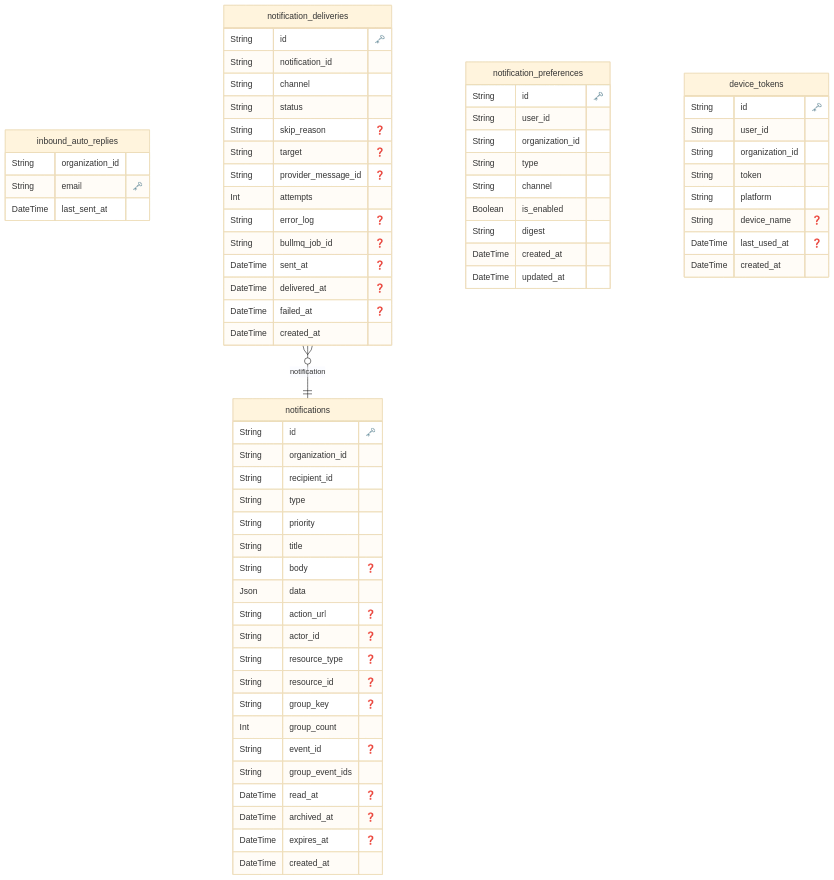
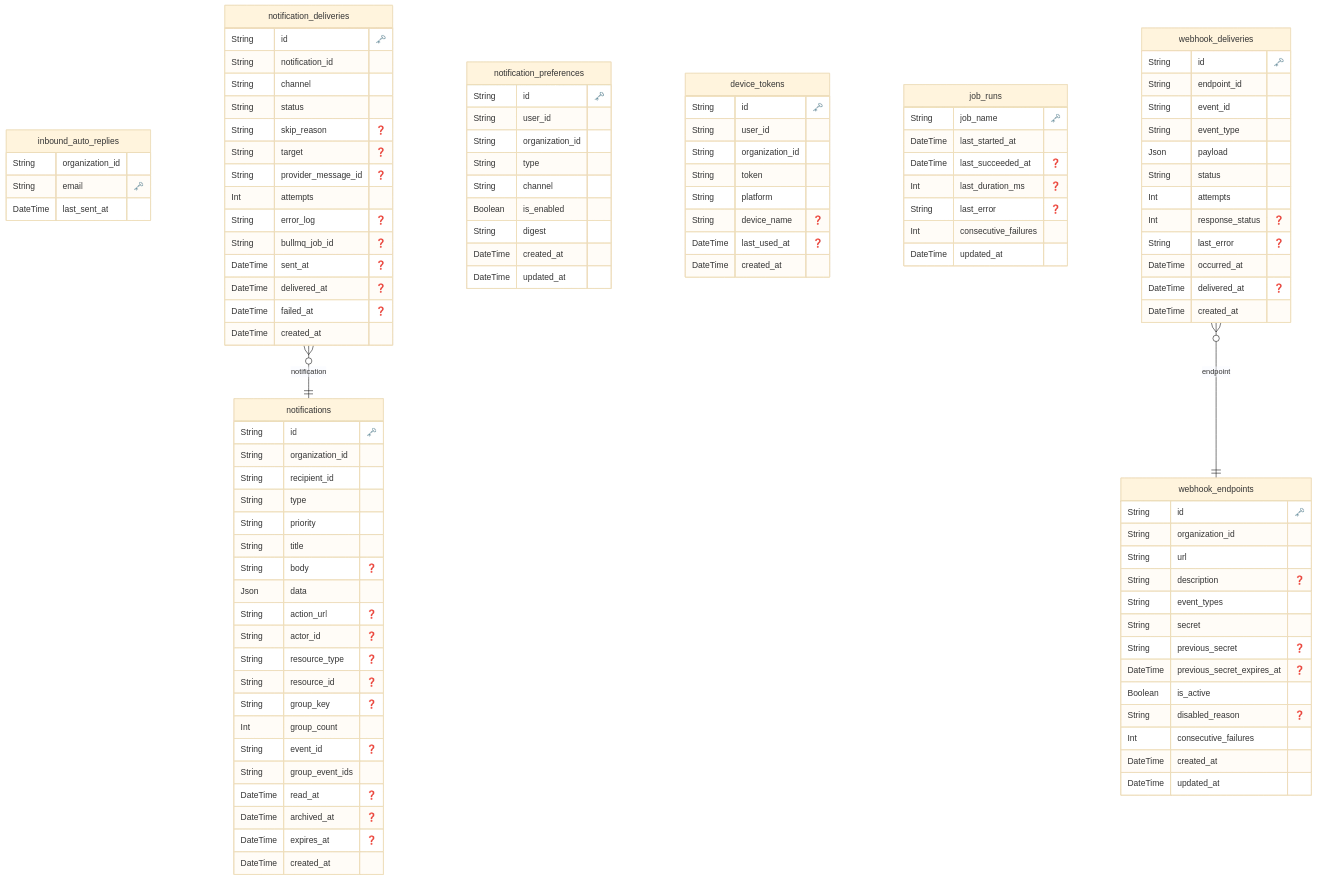
Before and after one commit to dungtq2k5/synapse-desk: the diagram in docs/reference/erd/notification-service.md, drawn with Mermaid (base theme). The commit also changed 54 other files, not shown here.

Commit message:
feat(webhook-endpoints): Implemented outbound webhooks

````diff
--- a/docs/reference/erd/notification-service.md
+++ b/docs/reference/erd/notification-service.md
@@ -74,5 +74,50 @@
     DateTime created_at 
     }
   
+
+  "job_runs" {
+    String job_name "🗝️"
+    DateTime last_started_at 
+    DateTime last_succeeded_at "❓"
+    Int last_duration_ms "❓"
+    String last_error "❓"
+    Int consecutive_failures 
+    DateTime updated_at 
+    }
+  
+
+  "webhook_endpoints" {
+    String id "🗝️"
+    String organization_id 
+    String url 
+    String description "❓"
+    String event_types 
+    String secret 
+    String previous_secret "❓"
+    DateTime previous_secret_expires_at "❓"
+    Boolean is_active 
+    String disabled_reason "❓"
+    Int consecutive_failures 
+    DateTime created_at 
+    DateTime updated_at 
+    }
+  
+
+  "webhook_deliveries" {
+    String id "🗝️"
+    String endpoint_id 
+    String event_id 
+    String event_type 
+    Json payload 
+    String status 
+    Int attempts 
+    Int response_status "❓"
+    String last_error "❓"
+    DateTime occurred_at 
+    DateTime delivered_at "❓"
+    DateTime created_at 
+    }
+  
     "notification_deliveries" }o--|| notifications : "notification"
+    "webhook_deliveries" }o--|| webhook_endpoints : "endpoint"
 ```
````
